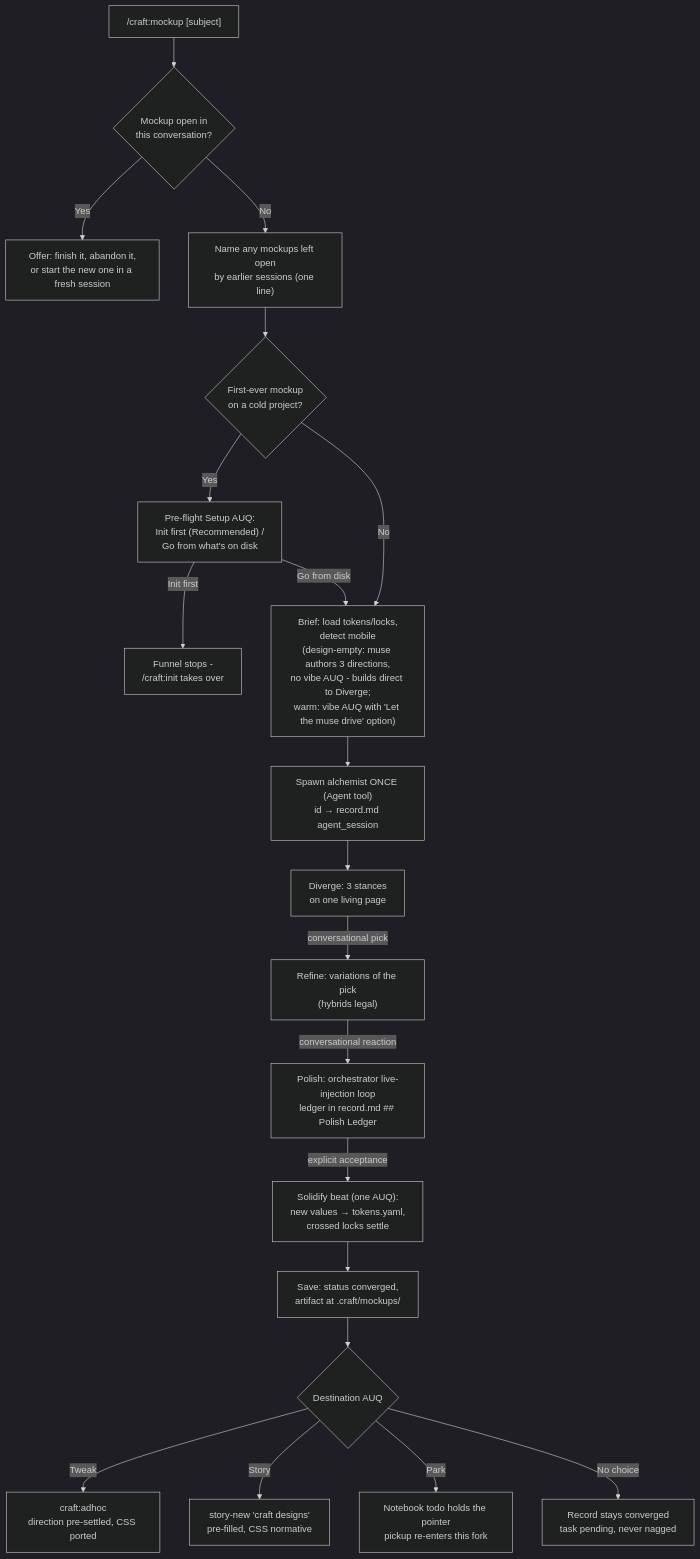
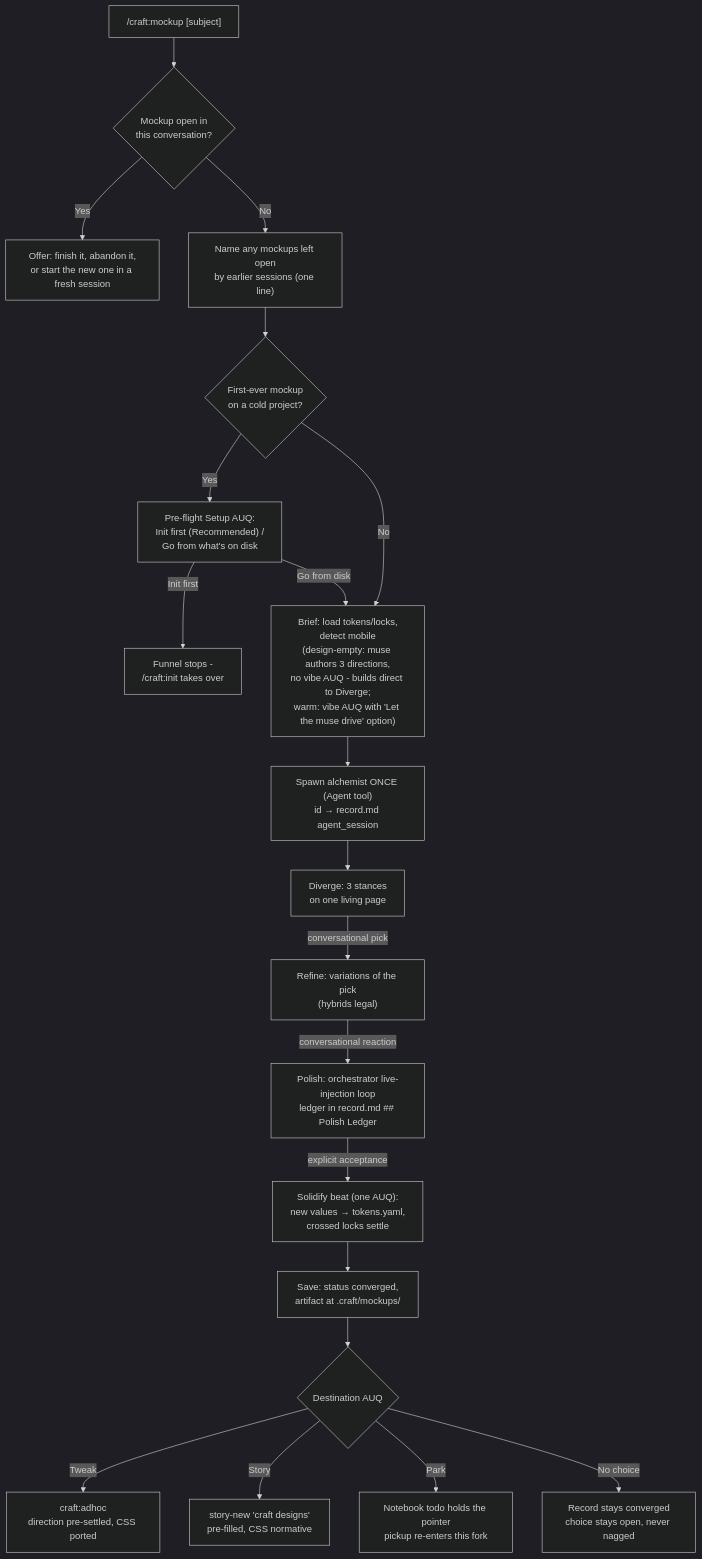
One commit to drobins25/craft changed the ninth of 16 diagrams in docs/decision-tree.md. Above: the diagram before and after it, drawn with Mermaid. The commit also changed other lines of this file and 16 other files, not shown here.

````diff
--- a/docs/decision-tree.md
+++ b/docs/decision-tree.md
@@ -496,26 +496,26 @@
 ```mermaid
 %%{init: {'theme': 'dark'}}%%
 flowchart TD
     MOCKUP["/craft:mockup [subject]"] --> GUARD{"Mockup open in<br/>this conversation?"}
     GUARD -->|Yes| WAIT["Offer: finish it, abandon it,<br/>or start the new one in a fresh session"]
     GUARD -->|No| LEFTOPEN["Name any mockups left open<br/>by earlier sessions (one line)"]
     LEFTOPEN --> PREFLIGHT{"First-ever mockup<br/>on a cold project?"}
     PREFLIGHT -->|Yes| SETUPQ["Pre-flight Setup AUQ:<br/>Init first (Recommended) /<br/>Go from what's on disk"]
     SETUPQ -->|"Init first"| TOINIT["Funnel stops -<br/>/craft:init takes over"]
     SETUPQ -->|"Go from disk"| BRIEF
     PREFLIGHT -->|No| BRIEF["Brief: load tokens/locks,<br/>detect mobile<br/>(design-empty: muse authors 3 directions,<br/>no vibe AUQ - builds direct to Diverge;<br/>warm: vibe AUQ with 'Let the muse drive' option)"]
 
     BRIEF --> SPAWN["Spawn alchemist ONCE (Agent tool)<br/>id → record.md agent_session"]
     SPAWN --> DIVERGE["Diverge: 3 stances<br/>on one living page"]
     DIVERGE -->|"conversational pick"| REFINE["Refine: variations of the pick<br/>(hybrids legal)"]
     REFINE -->|"conversational reaction"| POLISH["Polish: orchestrator live-injection loop<br/>ledger in record.md ## Polish Ledger"]
 
     POLISH -->|"explicit acceptance"| SOLIDIFY["Solidify beat (one AUQ):<br/>new values → tokens.yaml,<br/>crossed locks settle"]
     SOLIDIFY --> SAVE["Save: status converged,<br/>artifact at .craft/mockups/"]
     SAVE --> DEST{"Destination AUQ"}
 
     DEST -->|"Tweak"| TWEAK["craft:adhoc<br/>direction pre-settled, CSS ported"]
     DEST -->|"Story"| STORY["story-new 'craft designs'<br/>pre-filled, CSS normative"]
     DEST -->|"Park"| PARK["Notebook todo holds the pointer<br/>pickup re-enters this fork"]
-    DEST -->|"No choice"| OPEN["Record stays converged<br/>task pending, never nagged"]
+    DEST -->|"No choice"| OPEN["Record stays converged<br/>choice stays open, never nagged"]
 ```
````
